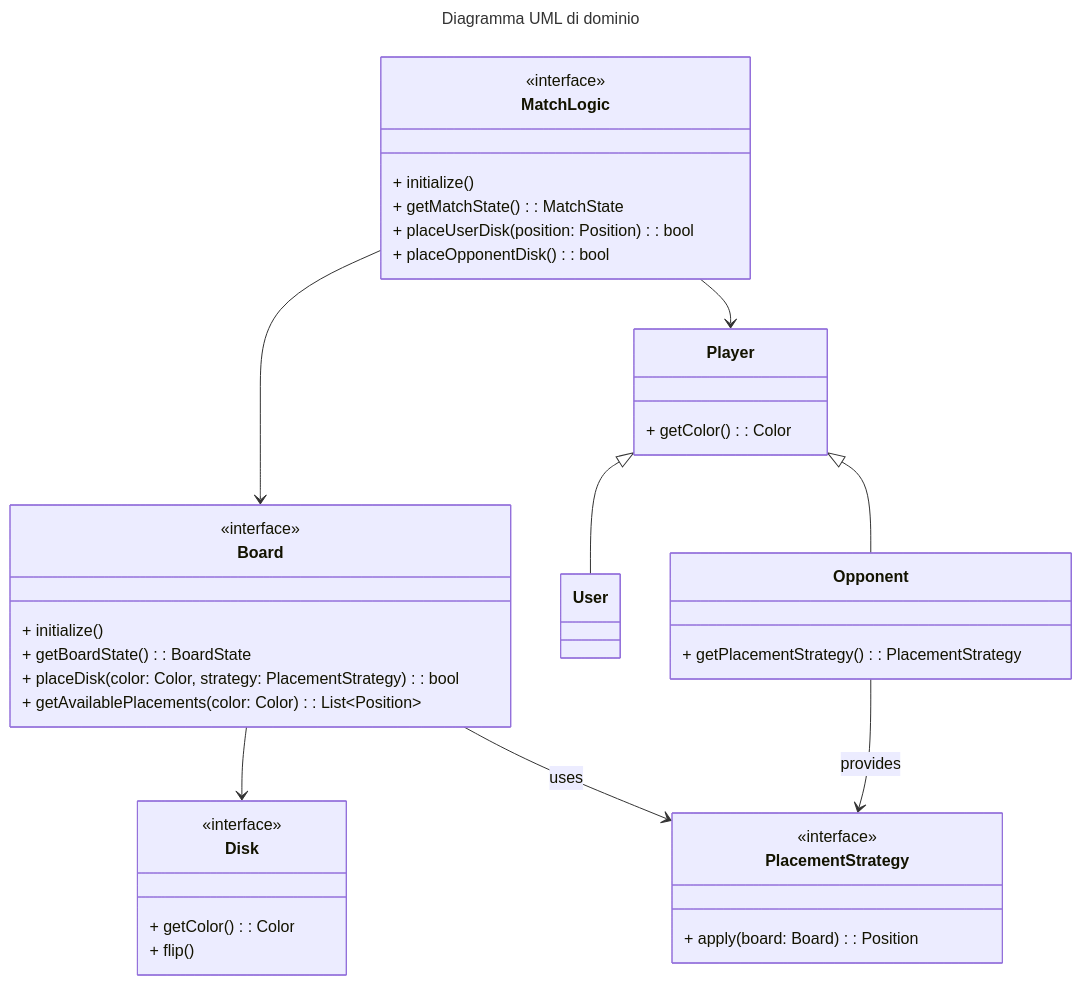
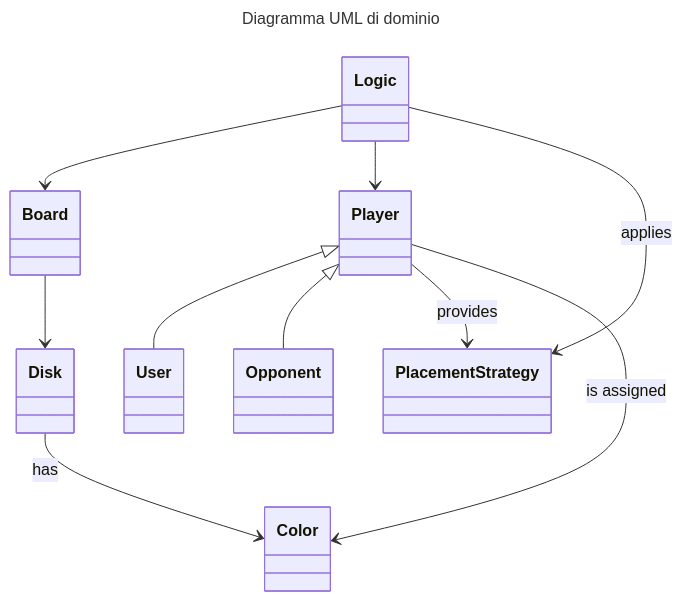
The first of 2 diagrams in docs/report/3-requirements.md (Borgotto/PPS-25-scalatello), drawn with Mermaid before and after one commit. The commit also changed 2 other files, not shown here.

````diff
--- a/docs/report/3-requirements.md
+++ b/docs/report/3-requirements.md
@@ -26,46 +26,27 @@
 ```mermaid
 ---
 title: Diagramma UML di dominio
 ---
 classDiagram
-  class MatchLogic {
-    <<interface>>
-    + initialize()
-    + getMatchState(): MatchState
-    + placeUserDisk(position: Position): bool
-    + placeOpponentDisk(): bool
-  } 
-  class Board {
-    <<interface>>
-    + initialize()
-    + getBoardState(): BoardState
-    + placeDisk(color: Color, strategy: PlacementStrategy): bool
-    + getAvailablePlacements(color: Color): List~Position~
-  }
-  class Disk {
-    <<interface>>
-    + getColor(): Color
-    + flip()
-  }
-  class Player {
-    + getColor(): Color
-  }
-  class Opponent {
-    + getPlacementStrategy(): PlacementStrategy
-  }
-  class PlacementStrategy {
-    <<interface>>
-    + apply(board: Board): Position
-  }
+  class Logic
+  class Player
+  class User
+  class Opponent
+  class PlacementStrategy
+  class Board
+  class Disk
+  class Color
 
-  MatchLogic --> Board
-  MatchLogic --> Player
+  Logic --> Board
+  Logic --> Player
+  Logic --> PlacementStrategy: applies
 
   Player <|-- User
   Player <|-- Opponent
 
-  Opponent --> PlacementStrategy : provides
+  Player --> PlacementStrategy : provides
+  Player --> Color: is assigned
 
   Board --> Disk
-  Board --> PlacementStrategy: uses
+  Disk --> Color: has
 ```
````
